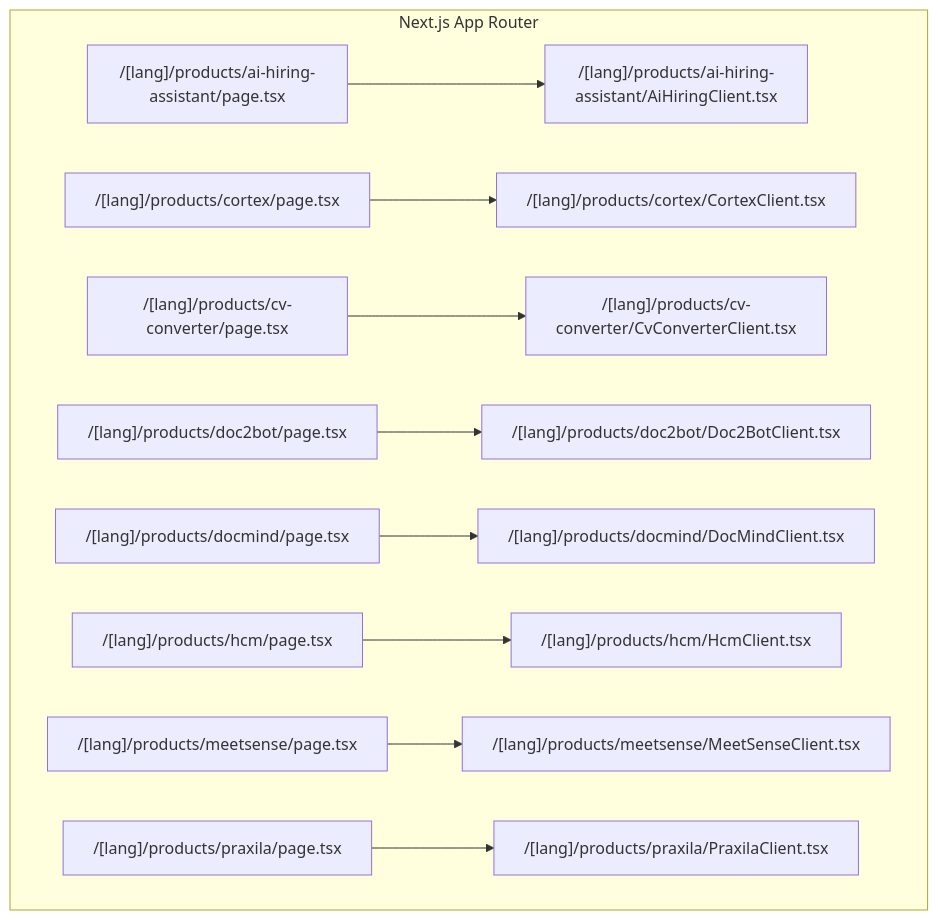
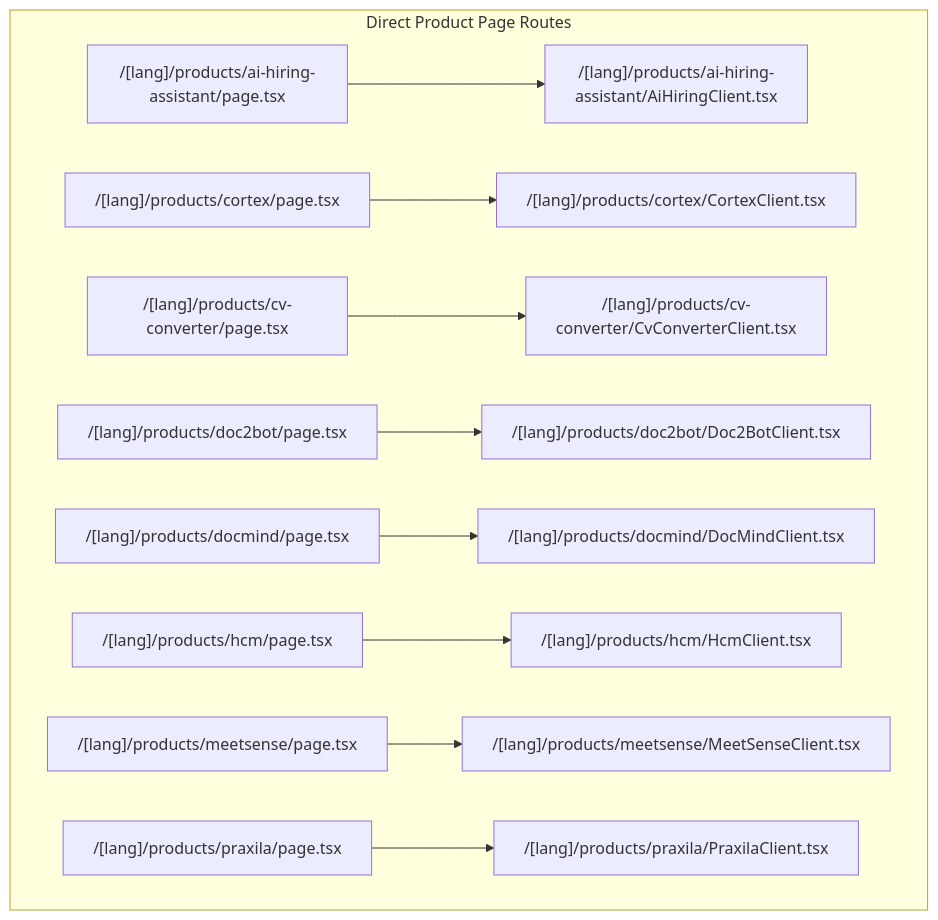
Before and after one commit to erdemerciyas/bgts: the first of 11 diagrams in .qoder/repowiki/en/content/Pages & Routing/Products Pages.md, drawn with Mermaid. The commit also changed other lines of this file and 21 other files, not shown here.

````diff
--- a/.qoder/repowiki/en/content/Pages & Routing/Products Pages.md
+++ b/.qoder/repowiki/en/content/Pages & Routing/Products Pages.md
@@ -49,29 +57,29 @@
 ```mermaid
 graph TB
-subgraph "Next.js App Router"
+subgraph "Direct Product Page Routes"
 A["/[lang]/products/ai-hiring-assistant/page.tsx"]
 B["/[lang]/products/ai-hiring-assistant/AiHiringClient.tsx"]
 C["/[lang]/products/cortex/page.tsx"]
 D["/[lang]/products/cortex/CortexClient.tsx"]
 E["/[lang]/products/cv-converter/page.tsx"]
 F["/[lang]/products/cv-converter/CvConverterClient.tsx"]
 G["/[lang]/products/doc2bot/page.tsx"]
 H["/[lang]/products/doc2bot/Doc2BotClient.tsx"]
 I["/[lang]/products/docmind/page.tsx"]
 J["/[lang]/products/docmind/DocMindClient.tsx"]
 K["/[lang]/products/hcm/page.tsx"]
 L["/[lang]/products/hcm/HcmClient.tsx"]
 M["/[lang]/products/meetsense/page.tsx"]
 N["/[lang]/products/meetsense/MeetSenseClient.tsx"]
 O["/[lang]/products/praxila/page.tsx"]
 P["/[lang]/products/praxila/PraxilaClient.tsx"]
 end
 A --> B
 C --> D
 E --> F
 G --> H
 I --> J
 K --> L
 M --> N
 O --> P
 ```
````
